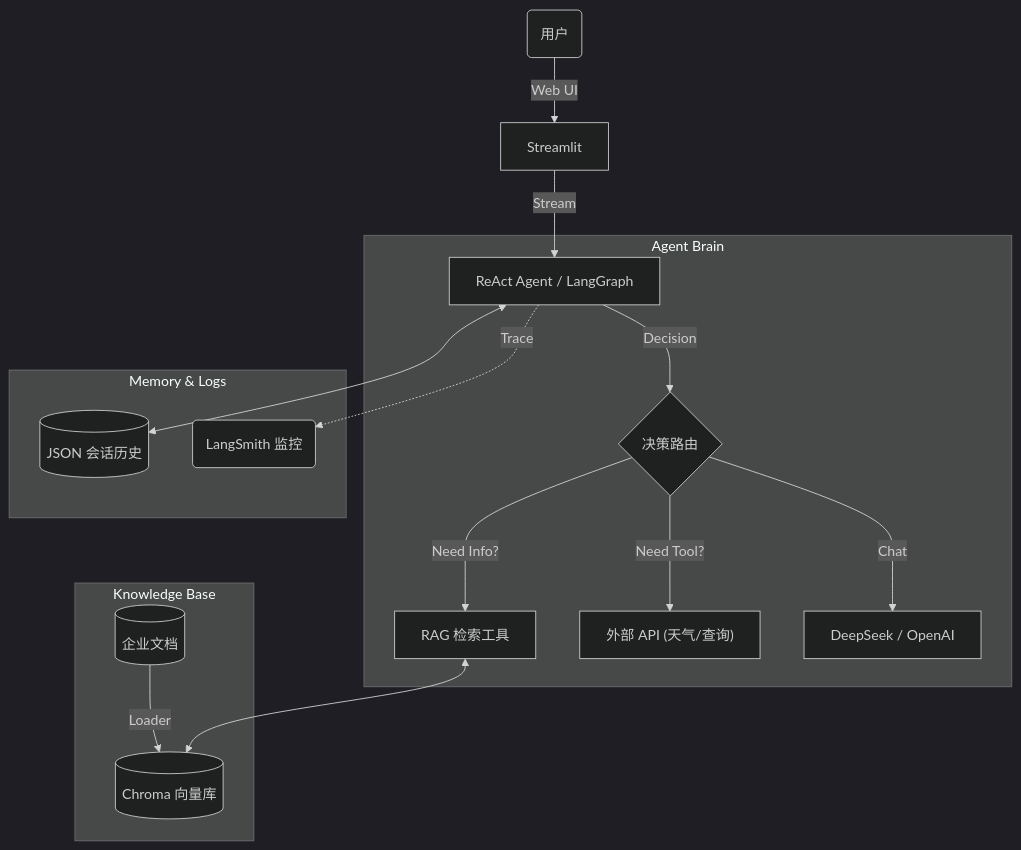
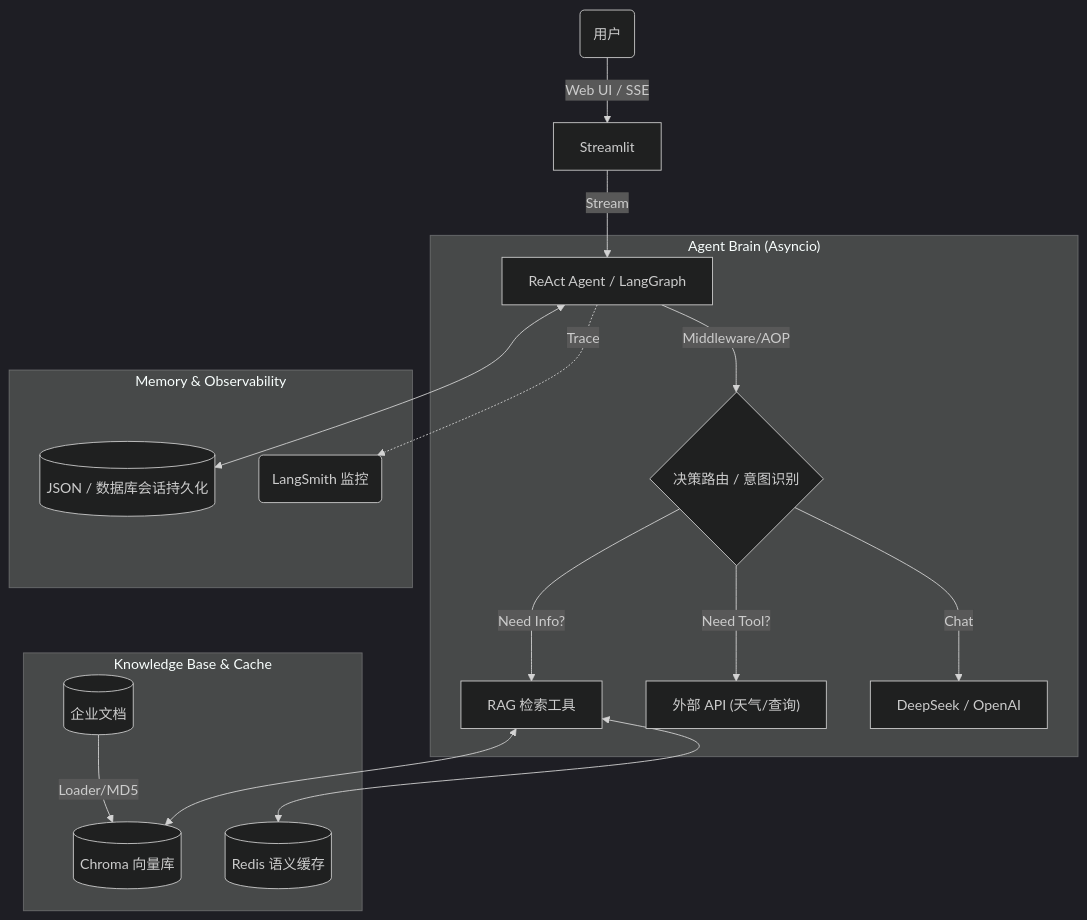
One commit to huanshen12/AI-Rag-Agent changed the diagram in README.md. Above: the diagram before and after it, drawn with Mermaid (dark theme). The commit also changed other lines of this file and 5 other files, not shown here.

````diff
--- a/README.md
+++ b/README.md
@@ -37,22 +44,23 @@
 ```mermaid
 graph TD
-    User("用户") -->|Web UI| Streamlit
+    User("用户") -->|Web UI / SSE| Streamlit
     Streamlit -->|Stream| AgentCore["ReAct Agent / LangGraph"]
     
-    subgraph "Agent Brain"
-        AgentCore -->|Decision| Router{"决策路由"}
+    subgraph "Agent Brain (Asyncio)"
+        AgentCore -->|Middleware/AOP| Router{"决策路由 / 意图识别"}
         Router -->|Need Info?| RAG["RAG 检索工具"]
         Router -->|Need Tool?| Tools["外部 API (天气/查询)"]
         Router -->|Chat| LLM["DeepSeek / OpenAI"]
     end
     
-    subgraph "Knowledge Base"
-        PDF[("企业文档")] -->|Loader| VectorDB[("Chroma 向量库")]
+    subgraph "Knowledge Base & Cache"
+        PDF[("企业文档")] -->|Loader/MD5| VectorDB[("Chroma 向量库")]
+        RAG <--> Redis[("Redis 语义缓存")]
         RAG <--> VectorDB
     end
     
-    subgraph "Memory & Logs"
-        AgentCore <--> History[("JSON 会话历史")]
+    subgraph "Memory & Observability"
+        AgentCore <--> History[("JSON / 数据库会话持久化")]
         AgentCore -.->|Trace| LangSmith("LangSmith 监控")
     end
- ```
+```
````
